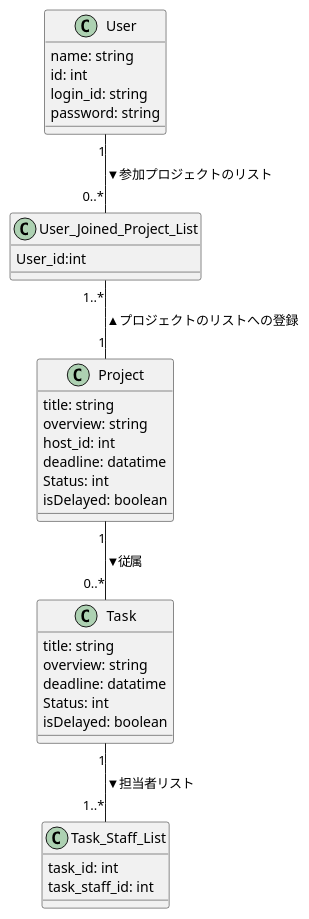
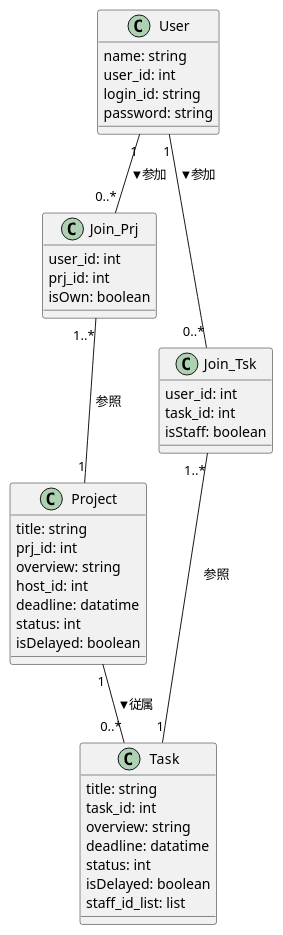
The diagram in classdia.pu (sato064/sw2020g1), drawn with PlantUML before and after one commit.

Commit message:
change: classdia.pu
関係とかちょっと変更

```diff
--- a/classdia.pu
+++ b/classdia.pu
@@ -1,49 +1,59 @@
 @startuml
 
 
 
 class User{
     name: string
-    id: int
+    user_id: int
     login_id: string
     password: string
 
     }
 
-    
+
 
 class Project{
     title: string
+    prj_id: int
     overview: string
     host_id: int
     deadline: datatime
-    Status: int
+    status: int
     isDelayed: boolean
 }
 
 class Task{
     title: string
+    task_id: int
     overview: string
     deadline: datatime
-    Status: int
+    status: int
     isDelayed: boolean
+    staff_id_list: list
+
 }
 
-class Task_Staff_List{
-    task_id: int
-    task_staff_id: int
+
+class Join_Prj{
+    user_id: int
+    prj_id: int
+    isOwn: boolean
 }
 
-class User_Joined_Project_List{
-    User_id:int
+class Join_Tsk{
+    user_id: int
+    task_id: int
+    isStaff: boolean
+
 }
 
 Project "1"--"0..*" Task:▼従属
-Task "1"--"1..*" Task_Staff_List:▼担当者リスト
-User "1"--"0..*" User_Joined_Project_List:▼参加プロジェクトのリスト
-User_Joined_Project_List "1..*"--"1" Project:▲プロジェクトのリストへの登録
+User "1"--"0..*" Join_Prj:▼参加
+User "1"--"0..*" Join_Tsk:▼参加
+Join_Prj"1..*"--"1" Project:参照
+Join_Tsk"1..*"--"1" Task:参照
 
 
 
 
 @enduml
```
